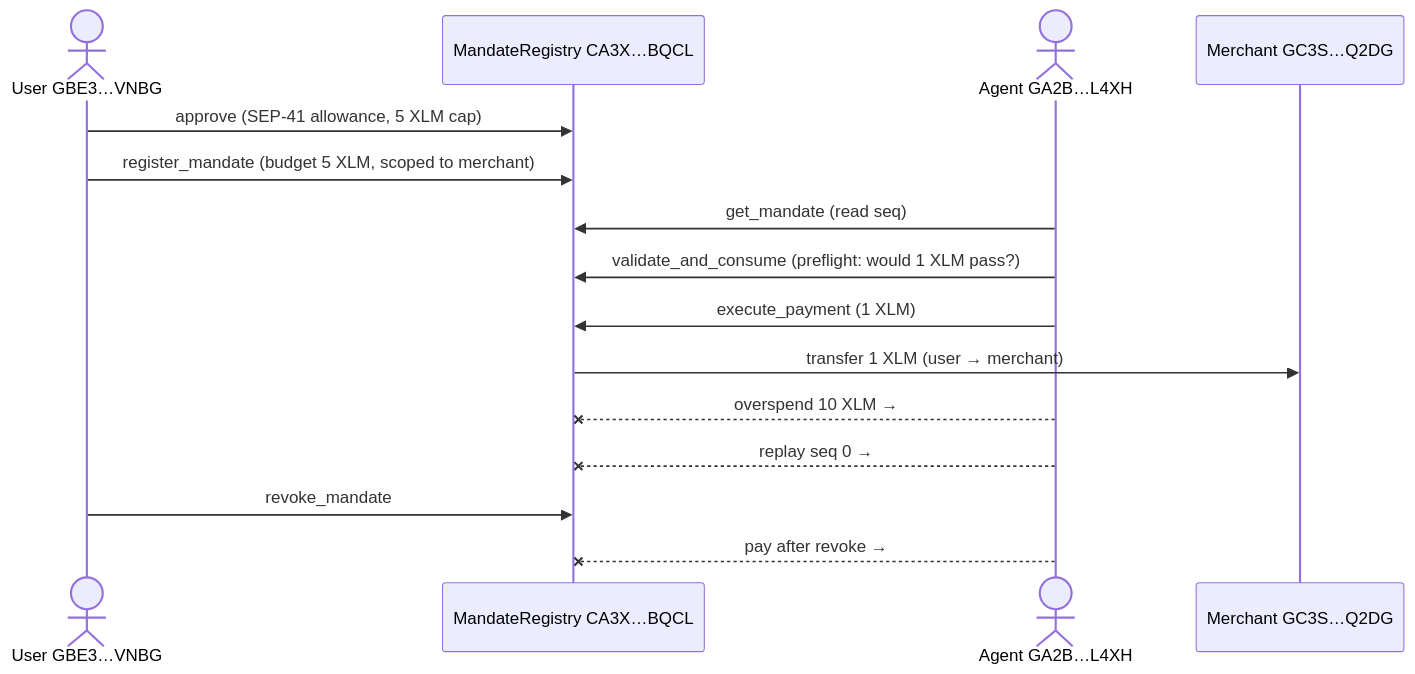
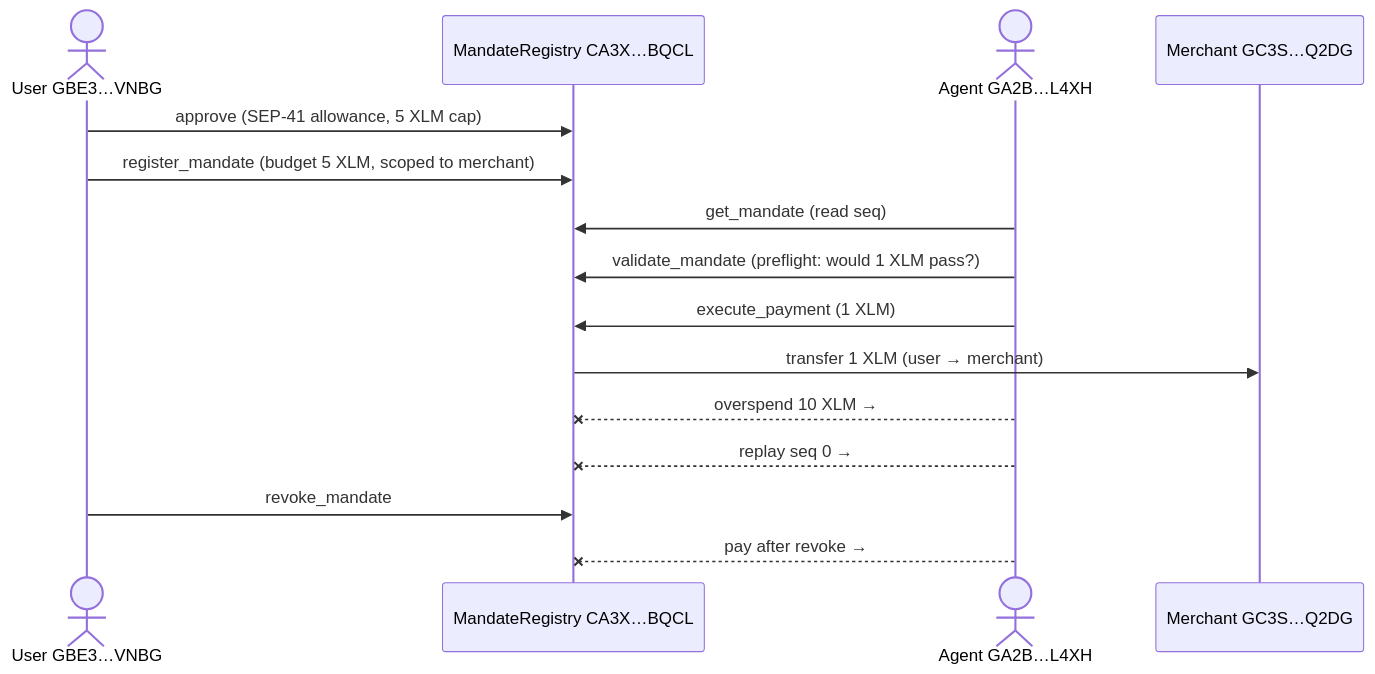
The diagram in example-output/tranche-1-step-1-verified.md (reapp-protocol/reapp-protocol), drawn with Mermaid before and after one commit. The commit also changed other lines of this file and 6 other files, not shown here.

Commit message:
docs: rename validate_and_consume to validate_mandate across all docs

````diff
--- a/example-output/tranche-1-step-1-verified.md
+++ b/example-output/tranche-1-step-1-verified.md
@@ -33,17 +33,17 @@
 ```mermaid
 sequenceDiagram
     actor User as User GBE3…VNBG
     participant C as MandateRegistry CA3X…BQCL
     actor Agent as Agent GA2B…L4XH
     participant M as Merchant GC3S…Q2DG
     User->>C: approve (SEP-41 allowance, 5 XLM cap)
     User->>C: register_mandate (budget 5 XLM, scoped to merchant)
     Agent->>C: get_mandate (read seq)
-    Agent->>C: validate_and_consume (preflight: would 1 XLM pass?)
+    Agent->>C: validate_mandate (preflight: would 1 XLM pass?)
     Agent->>C: execute_payment (1 XLM)
     C->>M: transfer 1 XLM (user → merchant)
     Agent--xC: overspend 10 XLM → #6 BudgetExceeded
     Agent--xC: replay seq 0 → #8 BadSequence
     User->>C: revoke_mandate
     Agent--xC: pay after revoke → #5 MandateRevoked
 ```
````
